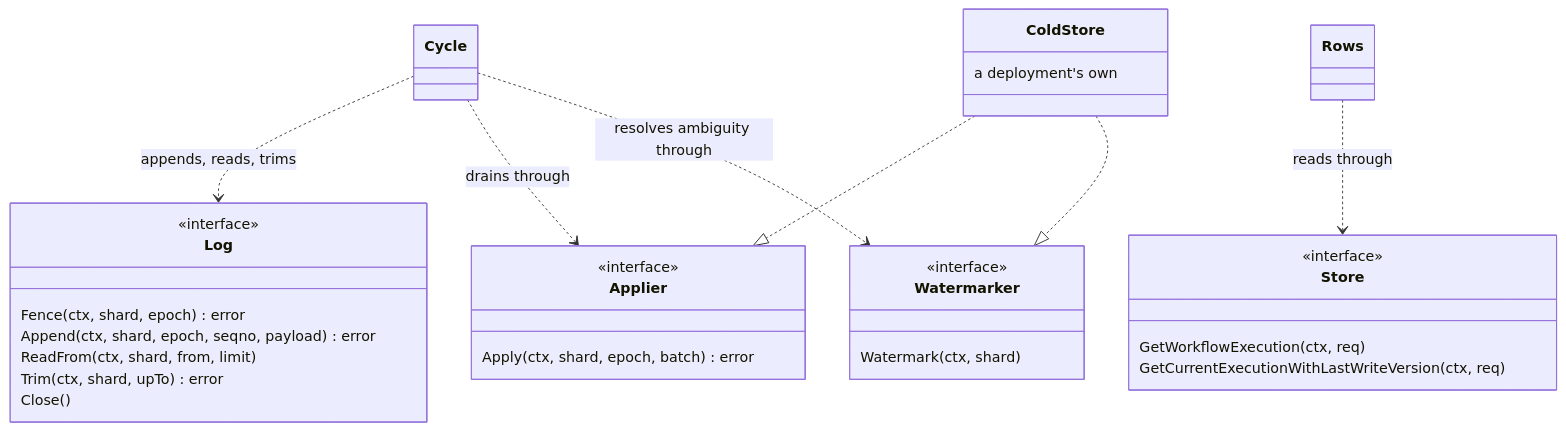
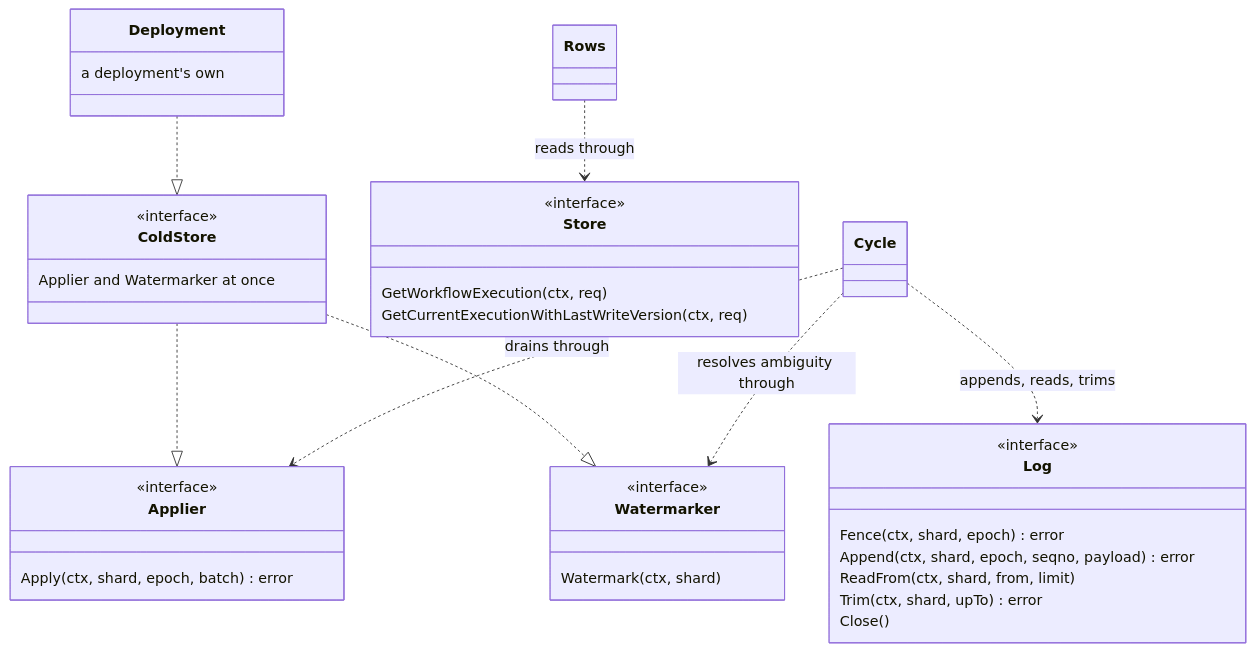
The second of 2 diagrams in docs/handbook/04-contracts.md (aromanovich/waltz), drawn with Mermaid before and after one commit. The commit also changed other lines of this file and 15 other files, not shown here.

First line of the commit message:
feat(cold): add cold.Store and make it the one backend a deployment brings

````diff
--- a/docs/handbook/04-contracts.md
+++ b/docs/handbook/04-contracts.md
@@ -100,35 +100,40 @@
 ```mermaid
 classDiagram
   class Log {
     <<interface>>
     Fence(ctx, shard, epoch) error
     Append(ctx, shard, epoch, seqno, payload) error
     ReadFrom(ctx, shard, from, limit)
     Trim(ctx, shard, upTo) error
     Close()
   }
   class Applier {
     <<interface>>
     Apply(ctx, shard, epoch, batch) error
   }
   class Watermarker {
     <<interface>>
     Watermark(ctx, shard)
   }
+  class ColdStore {
+    <<interface>>
+    Applier and Watermarker at once
+  }
   class Store {
     <<interface>>
     GetWorkflowExecution(ctx, req)
     GetCurrentExecutionWithLastWriteVersion(ctx, req)
   }
   class Cycle
   class Rows
-  class ColdStore {
+  class Deployment {
     a deployment's own
   }
   ColdStore ..|> Applier
   ColdStore ..|> Watermarker
+  Deployment ..|> ColdStore
   Rows ..> Store : reads through
   Cycle ..> Log : appends, reads, trims
   Cycle ..> Applier : drains through
   Cycle ..> Watermarker : resolves ambiguity through
 ```
````
